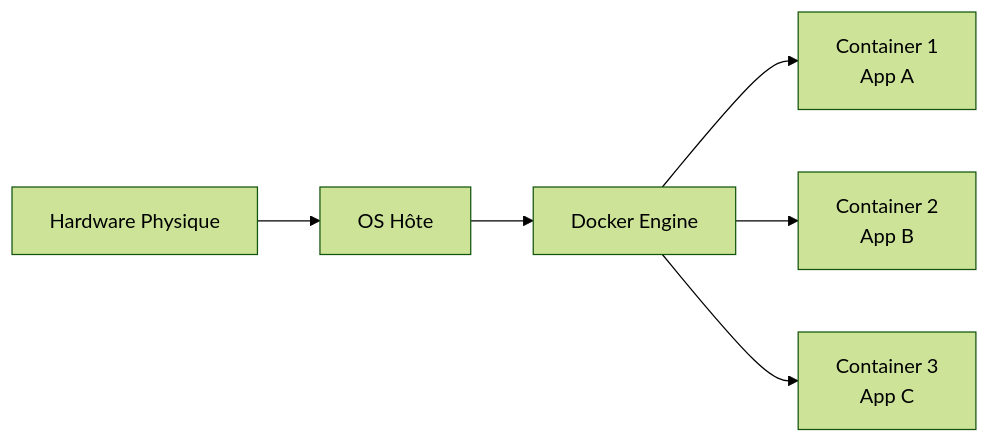
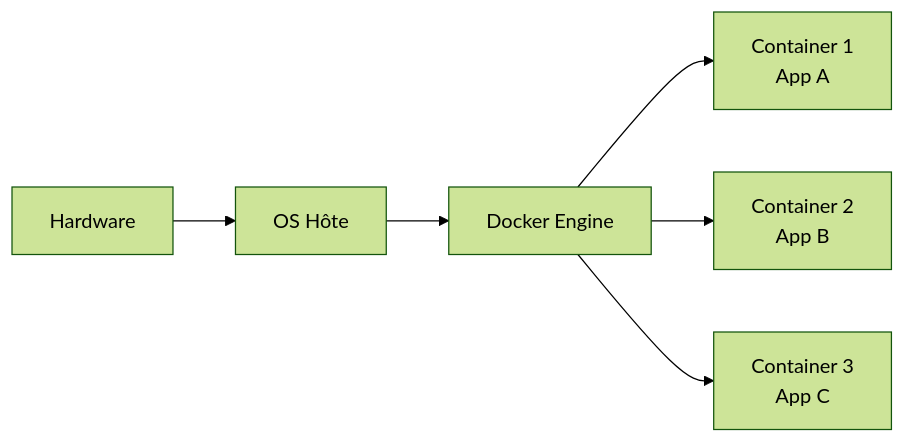
The second of 2 diagrams in pages/05-virtualisation.md (JSurquin/postfix), drawn with Mermaid (forest theme) before and after one commit. The commit also changed other lines of this file and 17 other files, not shown here.

````diff
--- a/pages/05-virtualisation.md
+++ b/pages/05-virtualisation.md
@@ -63,15 +47,15 @@
 ```mermaid
 graph LR
-    HW2[Hardware Physique]
+    HW2[Hardware]
     HOST2[OS Hôte]
     DOCKER[Docker Engine]
     C1[Container 1<br/>App A]
     C2[Container 2<br/>App B]
     C3[Container 3<br/>App C]
-    
+
     HW2 --> HOST2
     HOST2 --> DOCKER
     DOCKER --> C1
     DOCKER --> C2
     DOCKER --> C3
 ```
````
